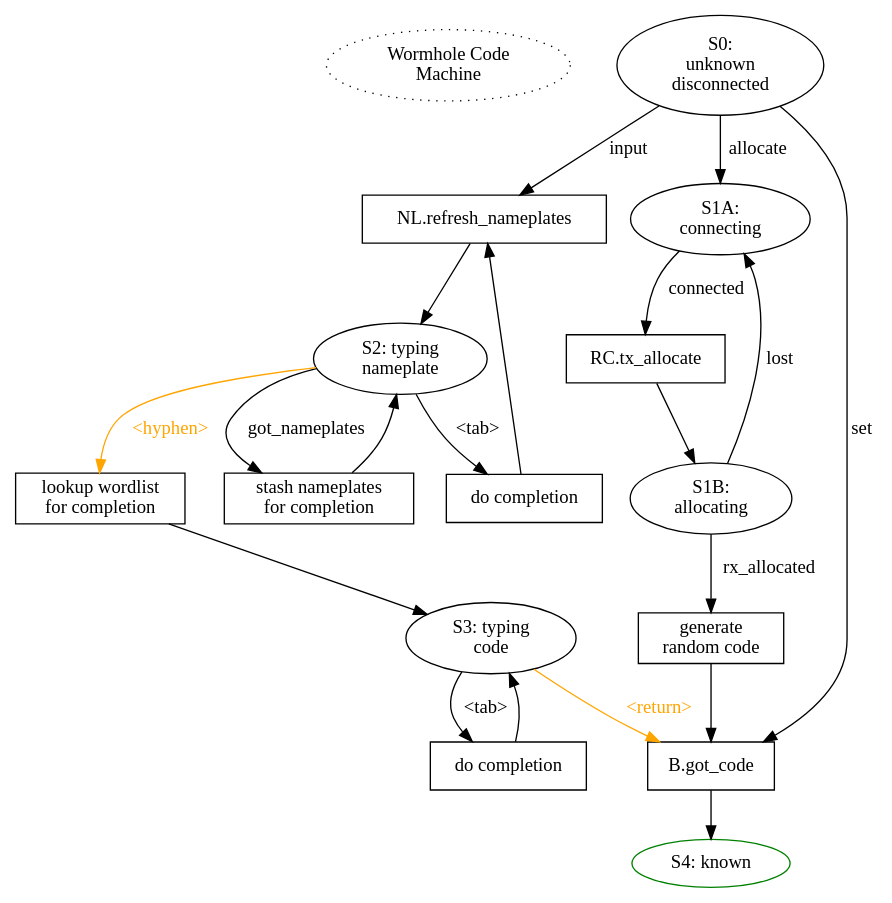
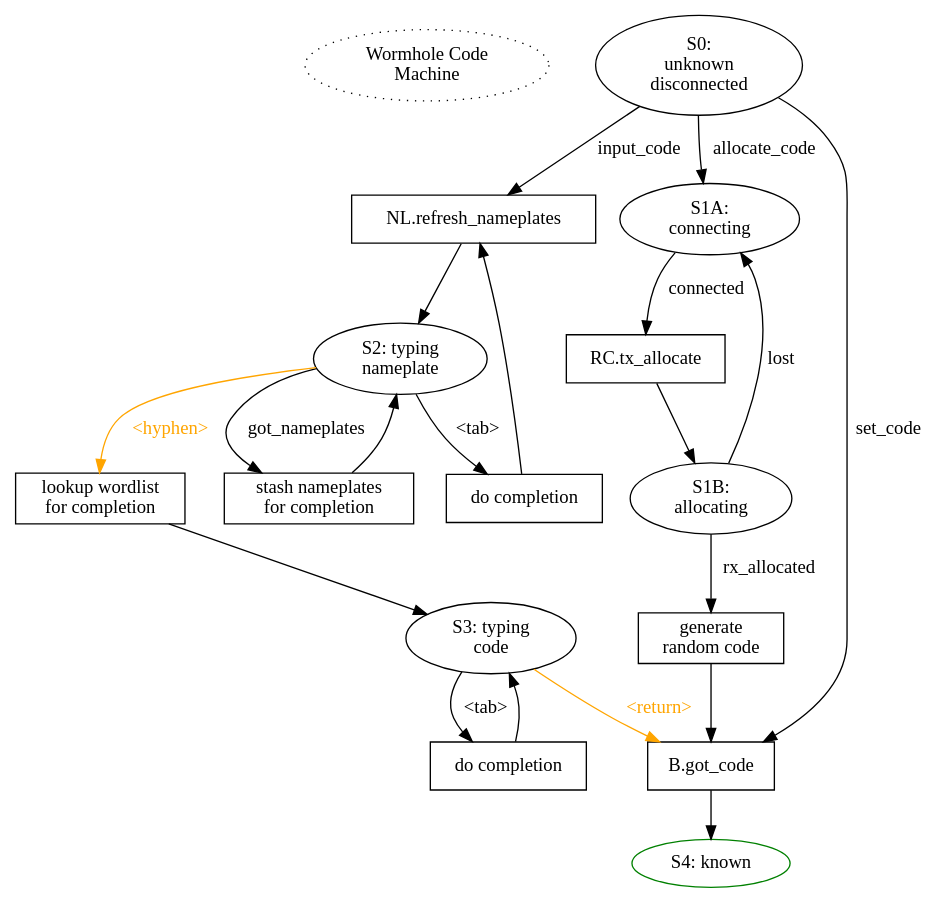
The diagram in docs/code.dot (magic-wormhole/magic-wormhole), drawn with Graphviz before and after one commit. The commit also changed 5 other files, not shown here.

```diff
--- a/docs/code.dot
+++ b/docs/code.dot
@@ -1,46 +1,46 @@
 digraph {
 
         start [label="Wormhole Code\nMachine" style="dotted"]
         {rank=same; start S0}
         start -> S0 [style="invis"]
         S0 [label="S0:\nunknown\ndisconnected"]
-        S0 -> P0_got_code [label="set"]
+        S0 -> P0_got_code [label="set_code"]
         P0_got_code [shape="box" label="B.got_code"]
         P0_got_code -> S4
         S4 [label="S4: known" color="green"]
 
-        S0 -> P0_list_nameplates [label="input"]
+        S0 -> P0_list_nameplates [label="input_code"]
         S2 [label="S2: typing\nnameplate"]
 
         S2 -> P2_completion [label="<tab>"]
         P2_completion [shape="box" label="do completion"]
         P2_completion -> P0_list_nameplates
         P0_list_nameplates [shape="box" label="NL.refresh_nameplates"]
         P0_list_nameplates -> S2
 
         S2 -> P2_got_nameplates [label="got_nameplates"]
         P2_got_nameplates [shape="box" label="stash nameplates\nfor completion"]
         P2_got_nameplates -> S2
         S2 -> P2_finish [label="<hyphen>" color="orange" fontcolor="orange"]
         P2_finish [shape="box" label="lookup wordlist\nfor completion"]
         P2_finish -> S3
         S3 [label="S3: typing\ncode"]
         S3 -> P3_completion [label="<tab>"]
         P3_completion [shape="box" label="do completion"]
         P3_completion -> S3
 
         S3 -> P0_got_code [label="<return>"
                            color="orange" fontcolor="orange"]
 
-        S0 -> S1A [label="allocate"]
+        S0 -> S1A [label="allocate_code"]
         S1A [label="S1A:\nconnecting"]
         S1A -> P1_allocate [label="connected"]
         P1_allocate [shape="box" label="RC.tx_allocate"]
         P1_allocate -> S1B
         S1B [label="S1B:\nallocating"]
         S1B -> P1_generate [label="rx_allocated"]
         S1B -> S1A [label="lost"]
         P1_generate [shape="box" label="generate\nrandom code"]
         P1_generate -> P0_got_code
         
 }
```
